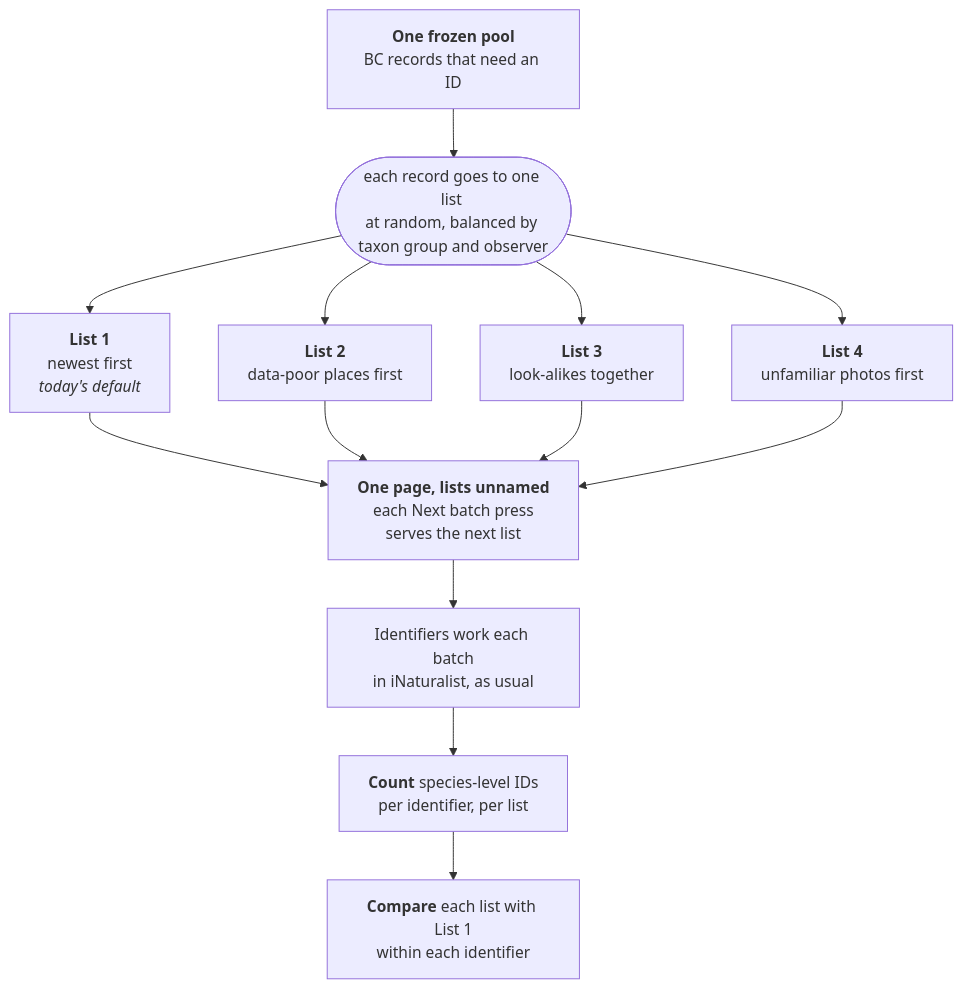
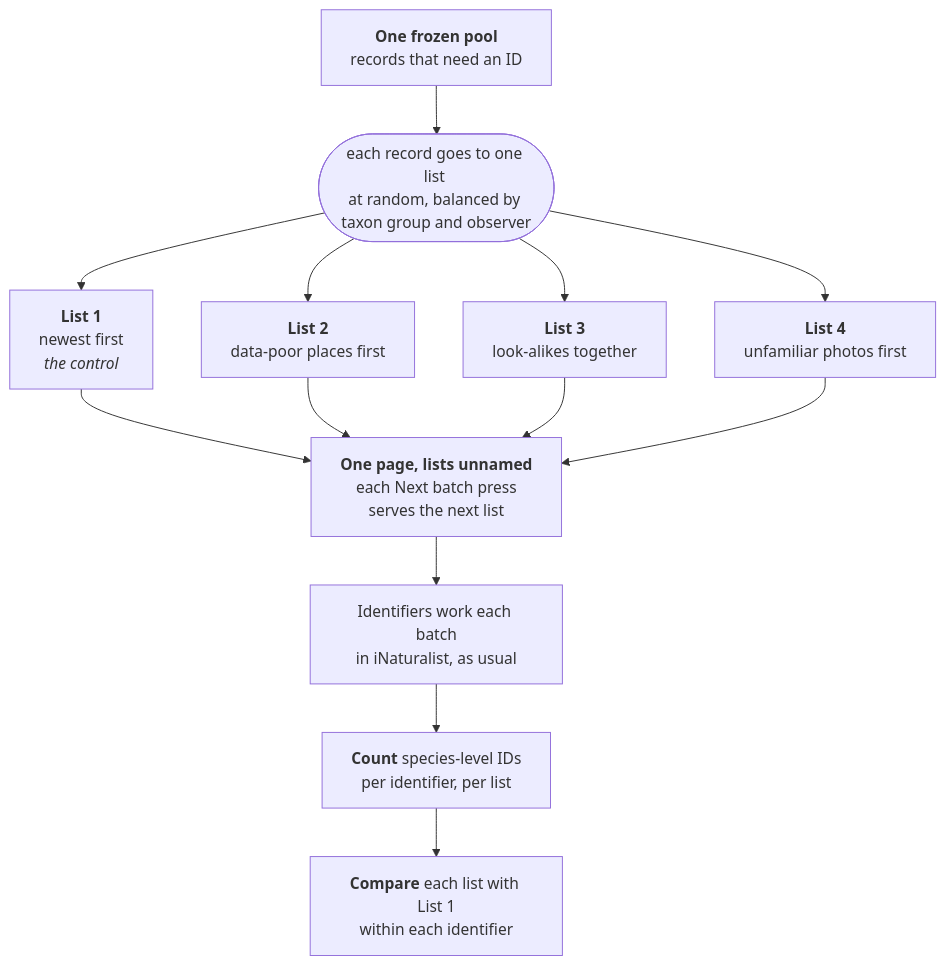
The diagram in README.md (PollockLab/what-to-id), drawn with Mermaid before and after one commit. The commit also changed other lines of this file and 4 other files, not shown here.

````diff
--- a/README.md
+++ b/README.md
@@ -9,16 +21,16 @@
 ```mermaid
 flowchart TB
-  pool["<b>One frozen pool</b><br/>BC records that need an ID"]
+  pool["<b>One frozen pool</b><br/>records that need an ID"]
   split(["`each record goes to one list 
   at random, balanced by 
   taxon group and observer`"])
   pool --> split
-  split --> L1["<b>List 1</b><br/>newest first<br/><i>today's default</i>"]
+  split --> L1["<b>List 1</b><br/>newest first<br/><i>the control</i>"]
   split --> L2["<b>List 2</b><br/>data-poor places first"]
   split --> L3["<b>List 3</b><br/>look-alikes together"]
   split --> L4["<b>List 4</b><br/>unfamiliar photos first"]
   L1 & L2 & L3 & L4 --> page["<b>One page, lists unnamed</b><br/>each Next batch press<br/>serves the next list"]
   page --> work["Identifiers work each batch<br/>in iNaturalist, as usual"]
   work --> count["<b>Count</b> species-level IDs<br/>per identifier, per list"]
   count --> cmp["<b>Compare</b> each list with List 1<br/>within each identifier"]
 ```
````
